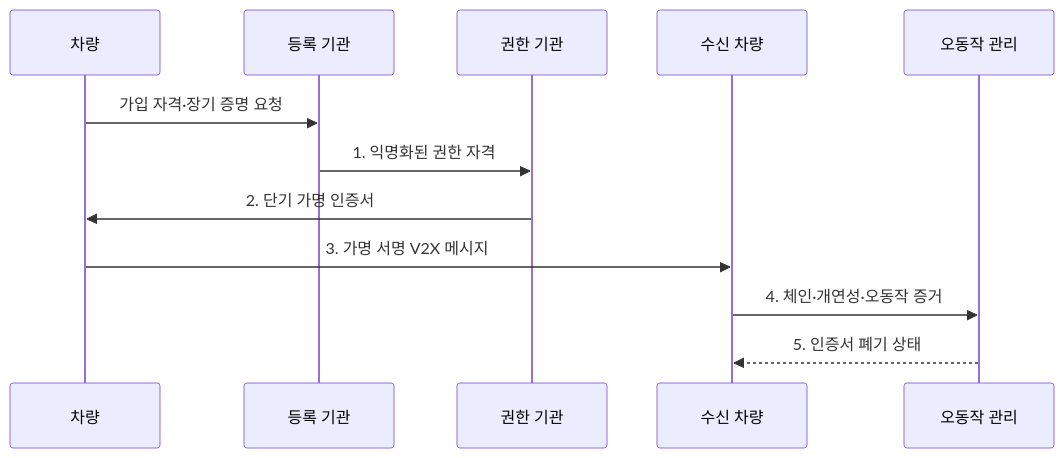
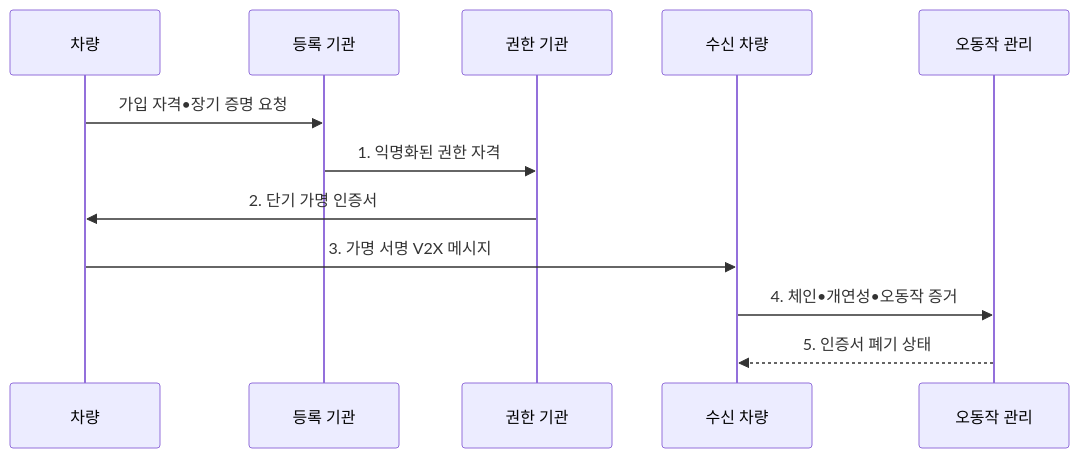
One commit to agnusdei1207/knowledge-base changed the second of 2 diagrams in src/content/docs/notes/05-security/136_vehicle_pki.md. Above: the diagram before and after it, drawn with Mermaid. The commit also changed other lines of this file and 953 other files, not shown here.

````diff
--- a/src/content/docs/notes/05-security/136_vehicle_pki.md
+++ b/src/content/docs/notes/05-security/136_vehicle_pki.md
@@ -98,14 +98,14 @@
 ```mermaid
 sequenceDiagram
   participant V as 차량
   participant E as 등록 기관
   participant A as 권한 기관
   participant R as 수신 차량
   participant M as 오동작 관리
-  V->>E: 가입 자격·장기 증명 요청
+  V->>E: 가입 자격•장기 증명 요청
   E->>A: 1. 익명화된 권한 자격
   A->>V: 2. 단기 가명 인증서
   V->>R: 3. 가명 서명 V2X 메시지
-  R->>M: 4. 체인·개연성·오동작 증거
+  R->>M: 4. 체인•개연성•오동작 증거
   M-->>R: 5. 인증서 폐기 상태
 ```
````
